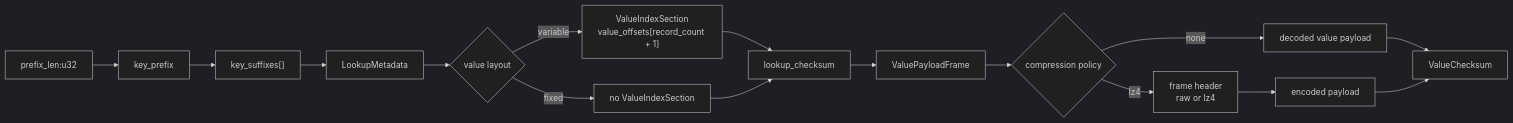
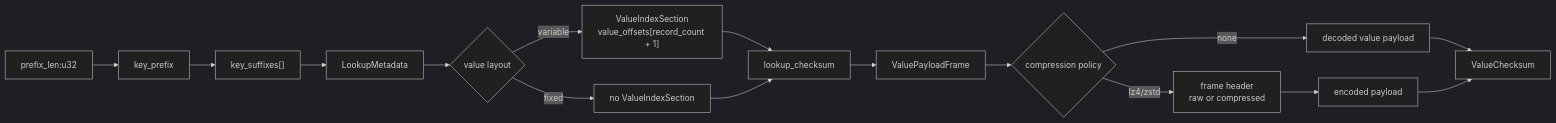
The fourth of 7 diagrams in crates/segment-cache-store/docs/design.md (wangl-cc/evo-ssa-tools), drawn with Mermaid (dark theme) before and after one commit. The commit also changed other lines of this file and 23 other files, not shown here.

First line of the commit message:
feat(segment-cache-store): support zstd payload compression

````diff
--- a/crates/segment-cache-store/docs/design.md
+++ b/crates/segment-cache-store/docs/design.md
@@ -366,18 +366,18 @@
 ```mermaid
 flowchart LR
   PrefixLen["prefix_len:u32"] --> Prefix["key_prefix"]
   Prefix --> Suffixes["key_suffixes[]"]
   Suffixes --> Metadata["LookupMetadata"]
   Metadata --> Layout{"value layout"}
   Layout -->|variable| Offsets["ValueIndexSection<br/>value_offsets[record_count + 1]"]
   Layout -->|fixed| NoOffsets["no ValueIndexSection"]
   Offsets --> LookupChecksum["lookup_checksum"]
   NoOffsets --> LookupChecksum
   LookupChecksum --> Payload["ValuePayloadFrame"]
   Payload --> FrameKind{"compression policy"}
   FrameKind -->|none| RawPayload["decoded value payload"]
-  FrameKind -->|lz4| PayloadHeader["frame header<br/>raw or lz4"]
+  FrameKind -->|lz4/zstd| PayloadHeader["frame header<br/>raw or compressed"]
   PayloadHeader --> EncodedPayload["encoded payload"]
   RawPayload --> ValueChecksum
   EncodedPayload --> ValueChecksum
 ```
````
